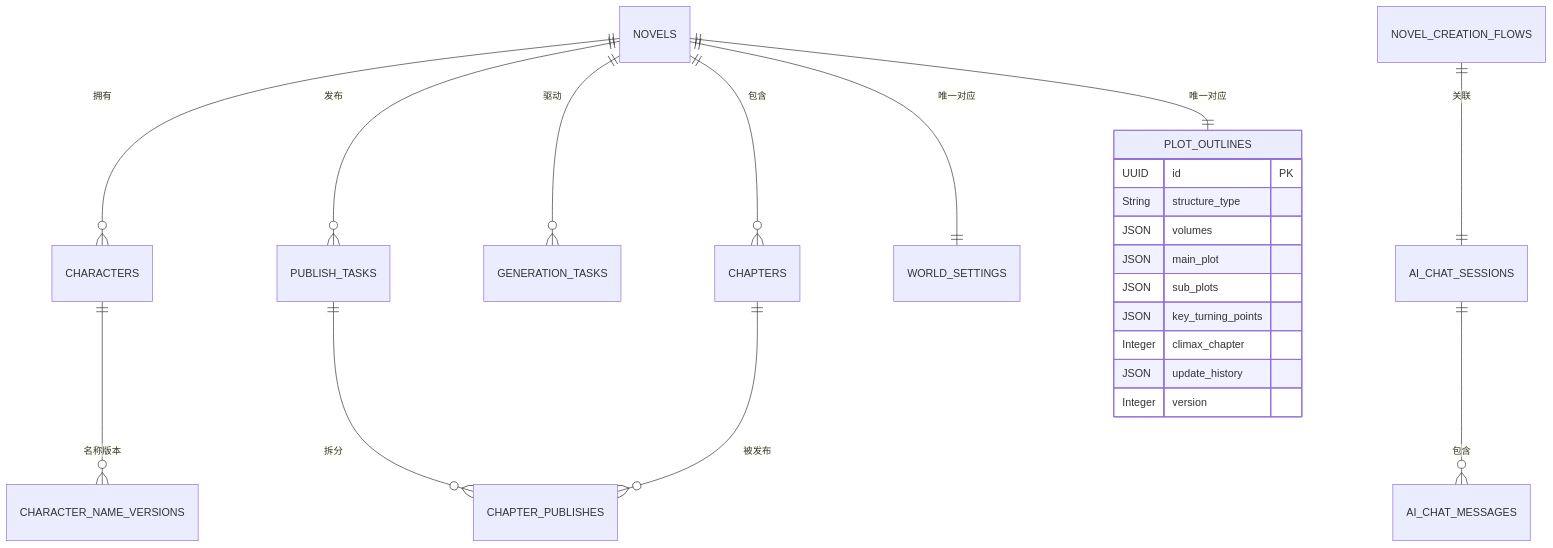
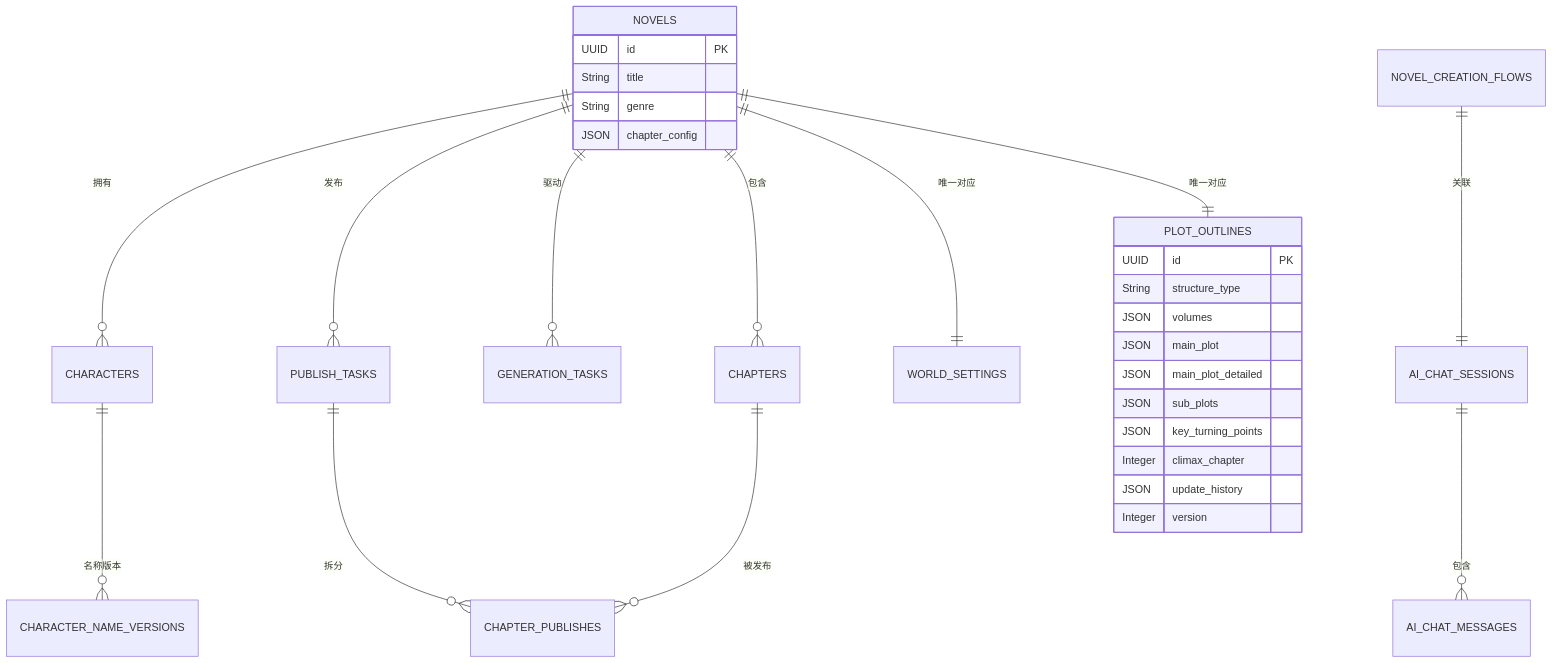
Before and after one commit to xfbyxq/ai-novel-system: the sixth of 14 diagrams in .qoder/repowiki/zh/content/后端架构/数据库设计.md, drawn with Mermaid. The commit also changed other lines of this file and 43 other files, not shown here.

````diff
--- a/.qoder/repowiki/zh/content/后端架构/数据库设计.md
+++ b/.qoder/repowiki/zh/content/后端架构/数据库设计.md
@@ -374,25 +394,32 @@
 ```mermaid
 erDiagram
 NOVELS ||--o{ CHARACTERS : "拥有"
 NOVELS ||--o{ CHAPTERS : "包含"
 NOVELS ||--o{ GENERATION_TASKS : "驱动"
 NOVELS ||--o{ PUBLISH_TASKS : "发布"
 NOVELS ||--|| WORLD_SETTINGS : "唯一对应"
 NOVELS ||--|| PLOT_OUTLINES : "唯一对应"
 PUBLISH_TASKS ||--o{ CHAPTER_PUBLISHES : "拆分"
 CHAPTERS ||--o{ CHAPTER_PUBLISHES : "被发布"
 AI_CHAT_SESSIONS ||--o{ AI_CHAT_MESSAGES : "包含"
 NOVEL_CREATION_FLOWS ||--|| AI_CHAT_SESSIONS : "关联"
 CHARACTERS ||--o{ CHARACTER_NAME_VERSIONS : "名称版本"
 PLOT_OUTLINES {
 UUID id PK
 String structure_type
 JSON volumes
 JSON main_plot
+JSON main_plot_detailed
 JSON sub_plots
 JSON key_turning_points
 Integer climax_chapter
 JSON update_history
 Integer version
 }
+NOVELS {
+UUID id PK
+String title
+String genre
+JSON chapter_config
+}
 ```
````
